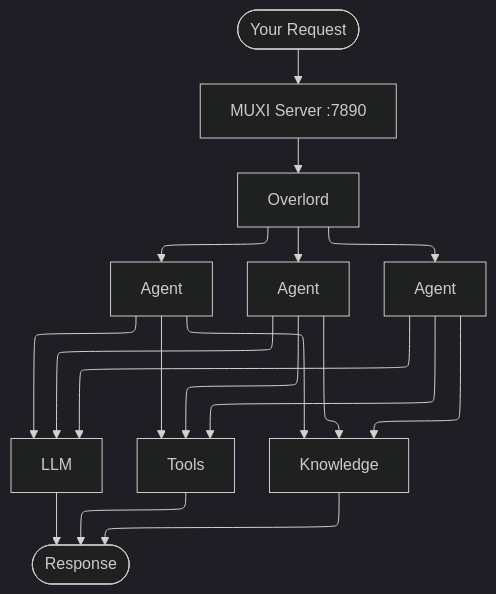
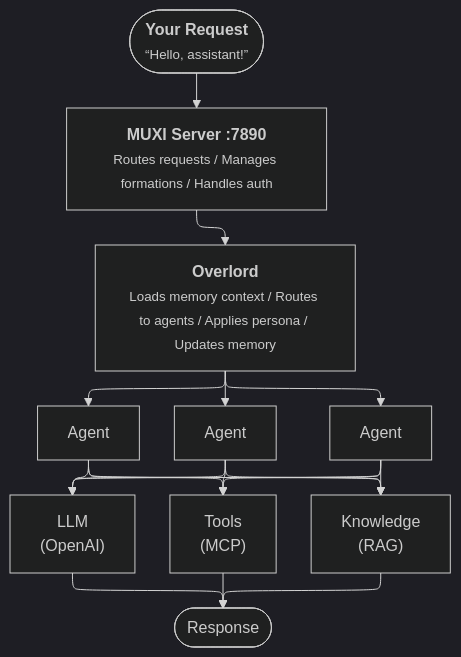
The diagram in docs/how-it-works.md (muxi-ai/muxi), drawn with Mermaid (dark theme) before and after one commit. The commit also changed other lines of this file, not shown here.

Commit message:
docs: update mermaid flowchart configuration for enhanced clarity and detail

````diff
--- a/docs/how-it-works.md
+++ b/docs/how-it-works.md
@@ -12,16 +12,22 @@
 ```mermaid
-%%{init: {"flowchart": {"defaultRenderer": "elk", "elk": {"mergeEdges": true, "nodePlacementStrategy": "LINEAR_SEGMENTS"}}} }%%
+---
+config:
+  layout: elk
+  elk:
+    mergeEdges: true
+    nodePlacementStrategy: LINEAR_SEGMENTS
+---
 flowchart TB
-    Request(["Your Request"])
-    Server["MUXI Server :7890"]
-    Overlord["Overlord"]
+    Request(["<strong>Your Request</strong>\n<small>“Hello, assistant!”</small>"])
+    Server["<strong>MUXI Server :7890</strong>\n<small>Routes requests / Manages formations / Handles auth</small>"]
+    Overlord["<strong>Overlord</strong>\n<small>Loads memory context / Routes to agents / Applies persona / Updates memory</small>"]
     A1["Agent"] & A2["Agent"] & A3["Agent"]
-    LLM["LLM"] & Tools["Tools"] & RAG["Knowledge"]
+    LLM["LLM\n(OpenAI)"] & Tools["Tools\n(MCP)"] & RAG["Knowledge\n(RAG)"]
     Response(["Response"])
 
     Request --> Server
     Server --> Overlord
     Overlord --> A1 & A2 & A3
     A1 & A2 & A3 --> LLM & Tools & RAG
     LLM & Tools & RAG --> Response
 ```
````
